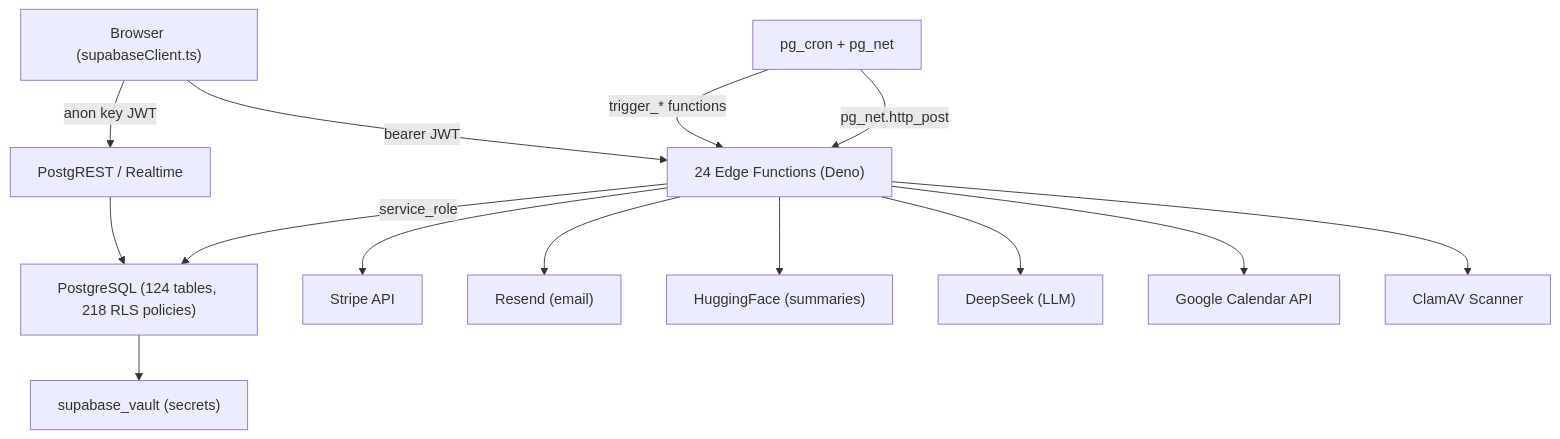
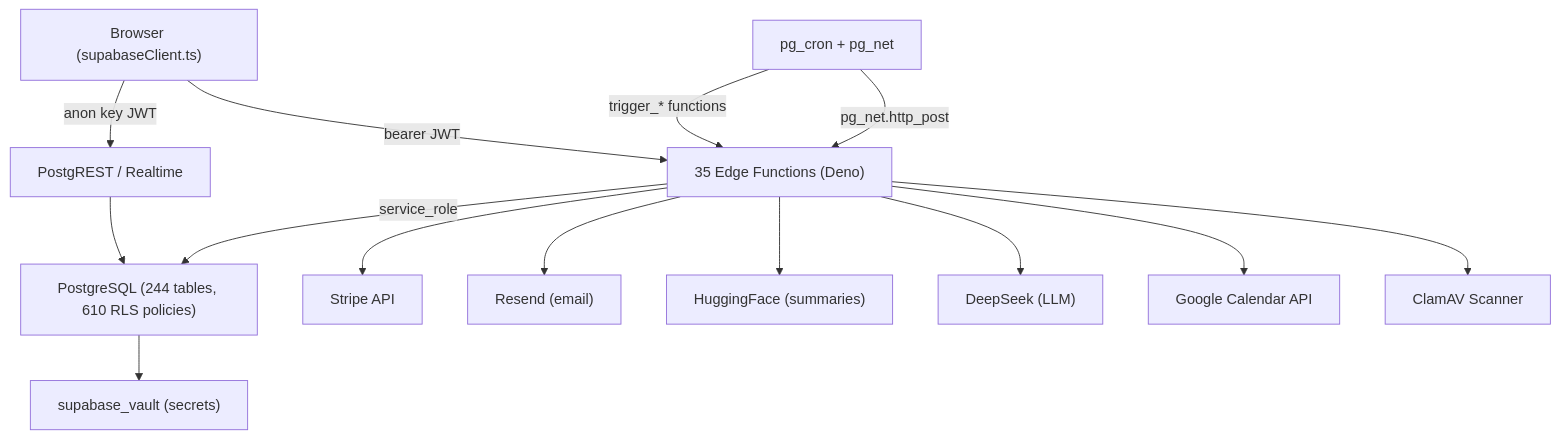
The first of 4 diagrams in docs/wiki/Database-Backend-Architecture.md (Dutiva-Canada/Dutiva_Web), drawn with Mermaid before and after one commit. The commit also changed other lines of this file and 84 other files, not shown here.

````diff
--- a/docs/wiki/Database-Backend-Architecture.md
+++ b/docs/wiki/Database-Backend-Architecture.md
@@ -27,29 +27,29 @@
 ```mermaid
 graph TD
     Browser["Browser (supabaseClient.ts)"]
     PostgREST["PostgREST / Realtime"]
-    EdgeFunctions["24 Edge Functions (Deno)"]
-    Postgres["PostgreSQL (124 tables, 218 RLS policies)"]
+    EdgeFunctions["35 Edge Functions (Deno)"]
+    Postgres["PostgreSQL (244 tables, 610 RLS policies)"]
     Vault["supabase_vault (secrets)"]
     PgCron["pg_cron + pg_net"]
     Stripe["Stripe API"]
     Resend["Resend (email)"]
     HuggingFace["HuggingFace (summaries)"]
     DeepSeek["DeepSeek (LLM)"]
     GoogleCal["Google Calendar API"]
     ClamAV["ClamAV Scanner"]
 
     Browser -->|"anon key JWT"| PostgREST
     Browser -->|"bearer JWT"| EdgeFunctions
     PostgREST --> Postgres
     EdgeFunctions -->|"service_role"| Postgres
     EdgeFunctions --> Stripe
     EdgeFunctions --> Resend
     EdgeFunctions --> DeepSeek
     EdgeFunctions --> HuggingFace
     EdgeFunctions --> GoogleCal
     EdgeFunctions --> ClamAV
     Postgres --> Vault
     PgCron -->|"trigger_* functions"| EdgeFunctions
     PgCron -->|"pg_net.http_post"| EdgeFunctions
 ```
````
